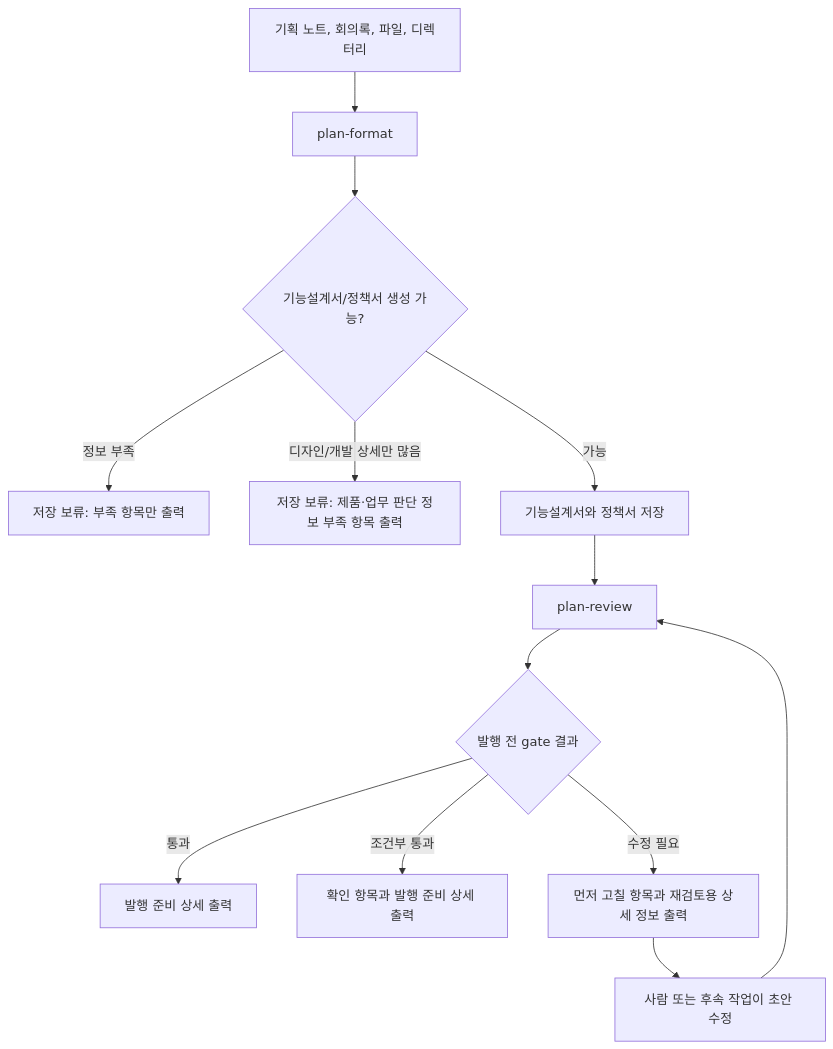
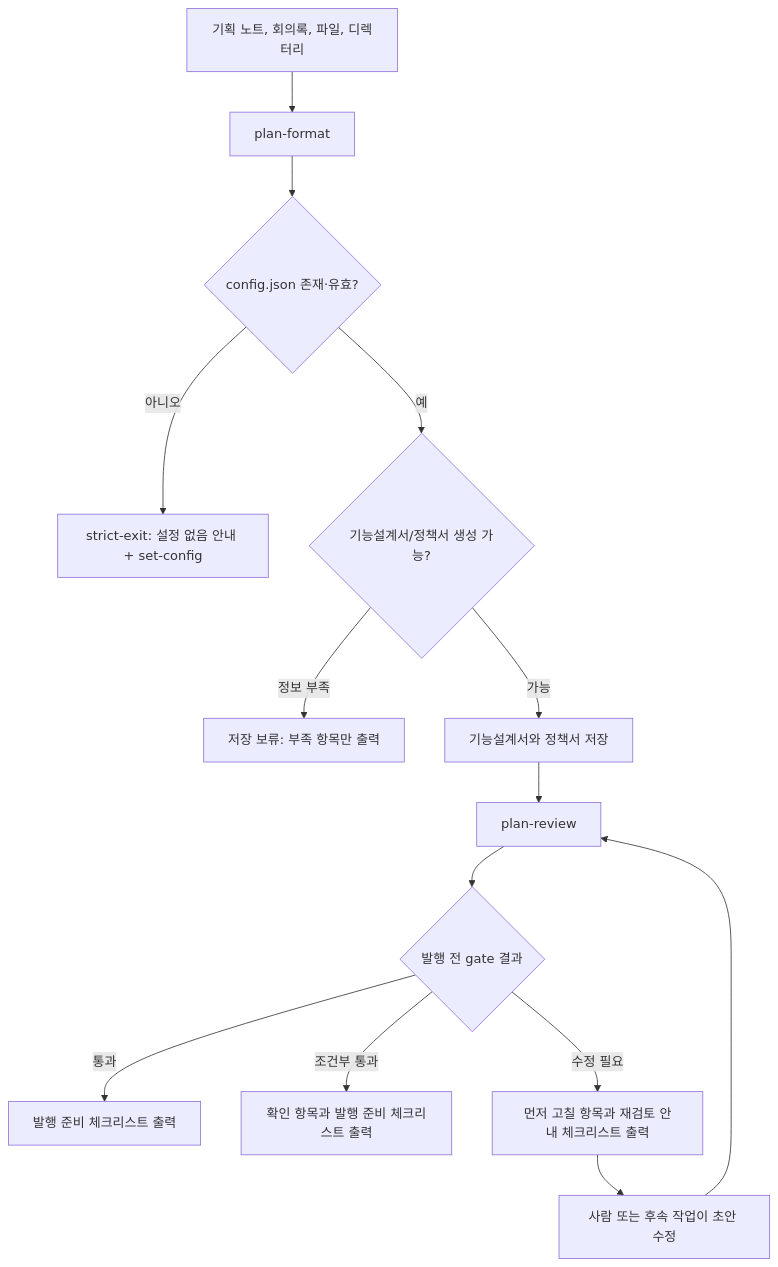
Before and after one commit to inkwonjung-colosseum/plugins: the first of 5 diagrams in product-team-kit/docs/skills-workflow.md, drawn with Mermaid. The commit also changed other lines of this file and 97 other files, not shown here.

````diff
--- a/product-team-kit/docs/skills-workflow.md
+++ b/product-team-kit/docs/skills-workflow.md
@@ -23,15 +24,16 @@
 ```mermaid
 flowchart TD
     A[기획 노트, 회의록, 파일, 디렉터리] --> B[plan-format]
-    B --> C{기능설계서/정책서 생성 가능?}
+    B --> B1{config.json 존재·유효?}
+    B1 -- 아니오 --> B2[strict-exit: 설정 없음 안내 + set-config]
+    B1 -- 예 --> C{기능설계서/정책서 생성 가능?}
     C -- 정보 부족 --> D[저장 보류: 부족 항목만 출력]
-    C -- 디자인/개발 상세만 많음 --> E[저장 보류: 제품·업무 판단 정보 부족 항목 출력]
     C -- 가능 --> F[기능설계서와 정책서 저장]
     F --> G[plan-review]
     G --> H{발행 전 gate 결과}
-    H -- 통과 --> I[발행 준비 상세 출력]
-    H -- 조건부 통과 --> J[확인 항목과 발행 준비 상세 출력]
-    H -- 수정 필요 --> K[먼저 고칠 항목과 재검토용 상세 정보 출력]
+    H -- 통과 --> I[발행 준비 체크리스트 출력]
+    H -- 조건부 통과 --> J[확인 항목과 발행 준비 체크리스트 출력]
+    H -- 수정 필요 --> K[먼저 고칠 항목과 재검토 안내 체크리스트 출력]
     K --> L[사람 또는 후속 작업이 초안 수정]
     L --> G
 ```
````
